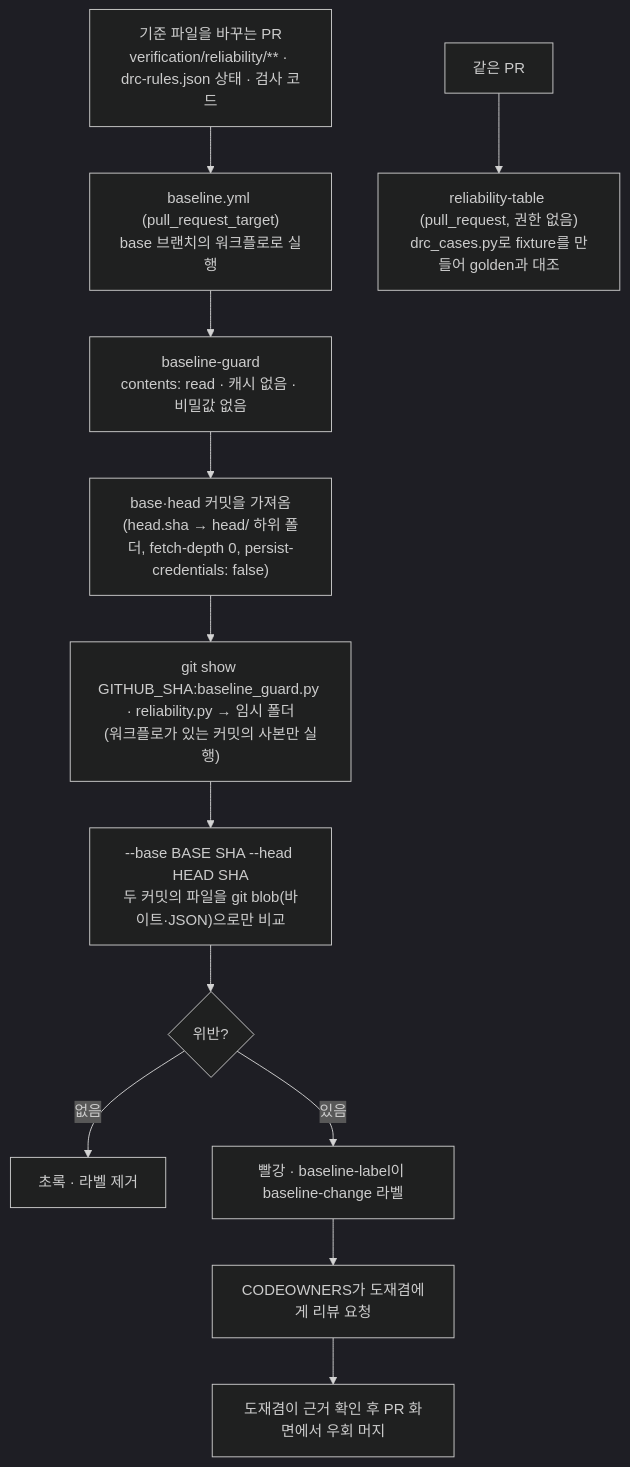
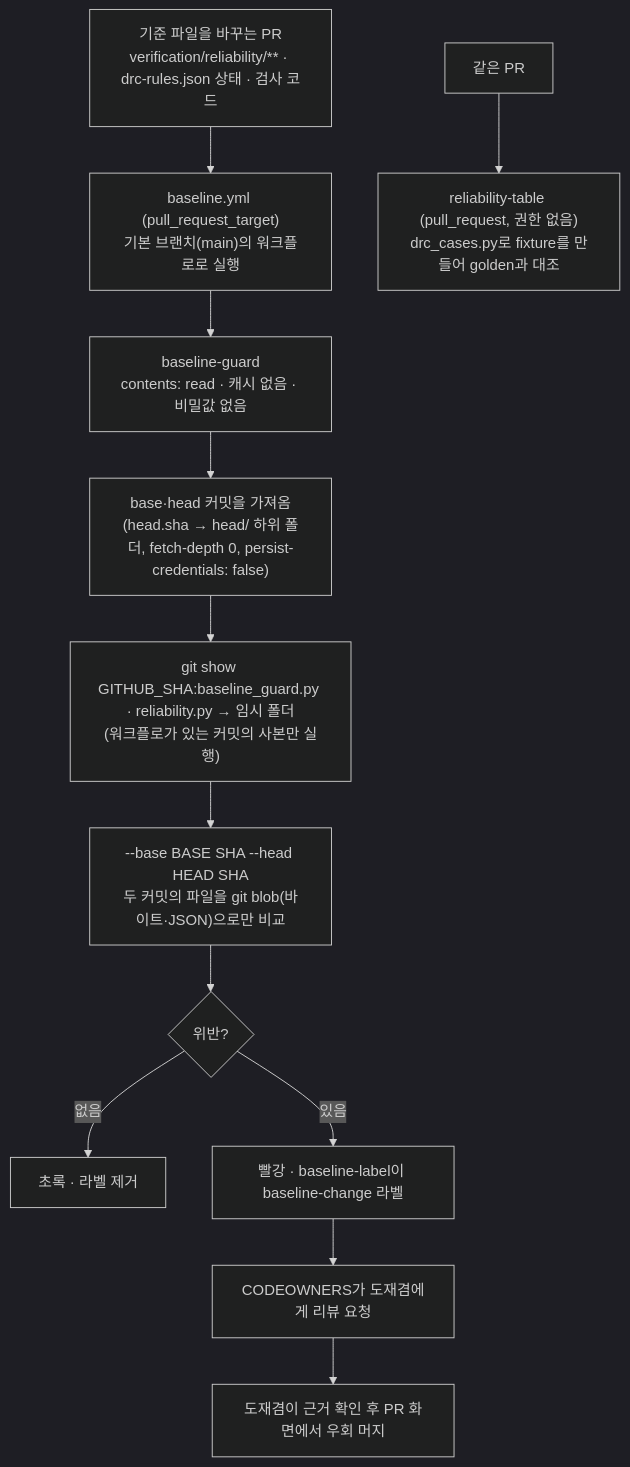
Before and after one commit to SNU-SSC-Lab/circuit-team-05: the first of 3 diagrams in docs/specs/0019-merge-gate.md, drawn with Mermaid (dark theme). The commit also changed other lines of this file and 15 other files, not shown here.

````diff
--- a/docs/specs/0019-merge-gate.md
+++ b/docs/specs/0019-merge-gate.md
@@ -90,14 +91,14 @@
 ```mermaid
 flowchart TD
-    PR["기준 파일을 바꾸는 PR<br>verification/reliability/** · drc-rules.json 상태 · 검사 코드"] --> T["baseline.yml (pull_request_target)<br>base 브랜치의 워크플로로 실행"]
+    PR["기준 파일을 바꾸는 PR<br>verification/reliability/** · drc-rules.json 상태 · 검사 코드"] --> T["baseline.yml (pull_request_target)<br>기본 브랜치(main)의 워크플로로 실행"]
     T --> G["baseline-guard<br>contents: read · 캐시 없음 · 비밀값 없음"]
     G --> CO["base·head 커밋을 가져옴<br>(head.sha → head/ 하위 폴더, fetch-depth 0, persist-credentials: false)"]
     CO --> COPY["git show GITHUB_SHA:baseline_guard.py · reliability.py → 임시 폴더<br>(워크플로가 있는 커밋의 사본만 실행)"]
     COPY --> DIFF["--base BASE SHA --head HEAD SHA<br>두 커밋의 파일을 git blob(바이트·JSON)으로만 비교"]
     DIFF --> V{"위반?"}
     V -- 없음 --> OK["초록 · 라벨 제거"]
     V -- 있음 --> RED["빨강 · baseline-label이 baseline-change 라벨"]
     RED --> OWN["CODEOWNERS가 도재겸에게 리뷰 요청"]
     OWN --> BY["도재겸이 근거 확인 후 PR 화면에서 우회 머지"]
     PR2["같은 PR"] --> REL["reliability-table (pull_request, 권한 없음)<br>drc_cases.py로 fixture를 만들어 golden과 대조"]
 ```
````
